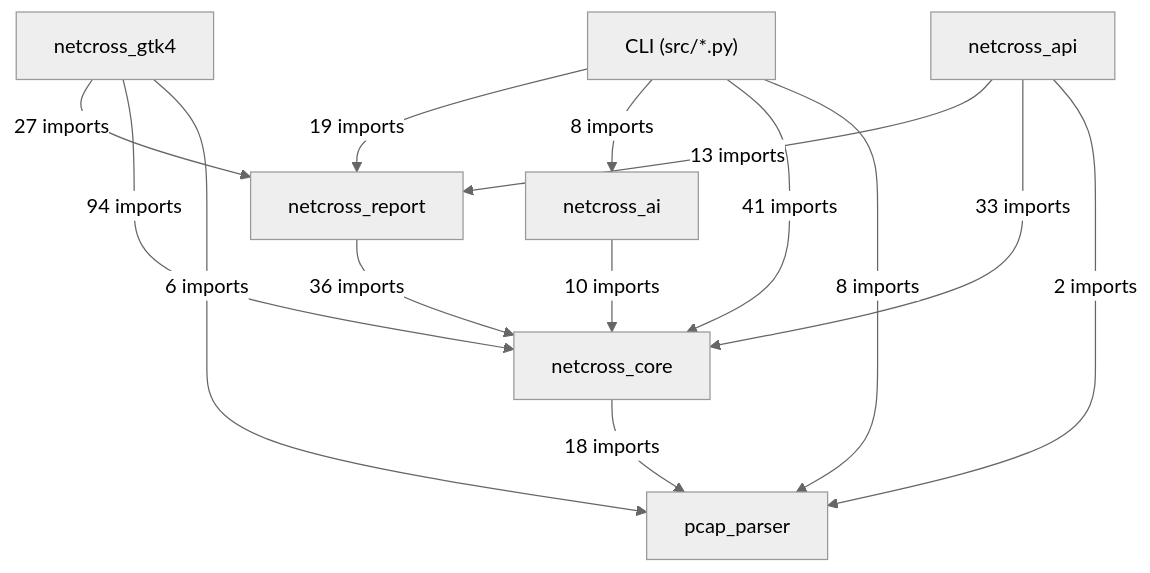
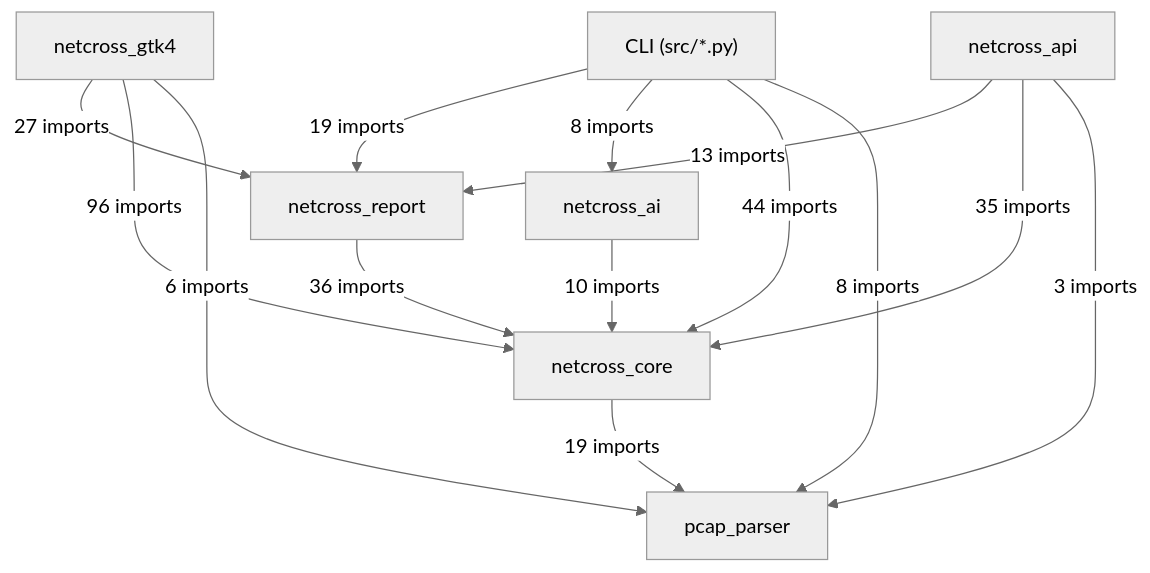
The first of 20 diagrams in docs/class-diagram.md (Mathide-Team/Netcross), drawn with Mermaid (neutral theme) before and after one commit. The commit also changed other lines of this file and 2 other files, not shown here.

Commit message:
chore: régénère class-diagram/openapi après fusion de dev

````diff
--- a/docs/class-diagram.md
+++ b/docs/class-diagram.md
@@ -26,23 +26,23 @@
 ```mermaid
 flowchart TD
     CLI["CLI (src/*.py)"]
     netcross_gtk4["netcross_gtk4"]
     netcross_api["netcross_api"]
     netcross_report["netcross_report"]
     netcross_ai["netcross_ai"]
     netcross_core["netcross_core"]
     pcap_parser["pcap_parser"]
     CLI -->|"19 imports"| netcross_report
     CLI -->|"8 imports"| netcross_ai
-    CLI -->|"41 imports"| netcross_core
+    CLI -->|"44 imports"| netcross_core
     CLI -->|"8 imports"| pcap_parser
     netcross_gtk4 -->|"27 imports"| netcross_report
-    netcross_gtk4 -->|"94 imports"| netcross_core
+    netcross_gtk4 -->|"96 imports"| netcross_core
     netcross_gtk4 -->|"6 imports"| pcap_parser
     netcross_api -->|"13 imports"| netcross_report
-    netcross_api -->|"33 imports"| netcross_core
-    netcross_api -->|"2 imports"| pcap_parser
+    netcross_api -->|"35 imports"| netcross_core
+    netcross_api -->|"3 imports"| pcap_parser
     netcross_report -->|"36 imports"| netcross_core
     netcross_ai -->|"10 imports"| netcross_core
-    netcross_core -->|"18 imports"| pcap_parser
+    netcross_core -->|"19 imports"| pcap_parser
 ```
````
